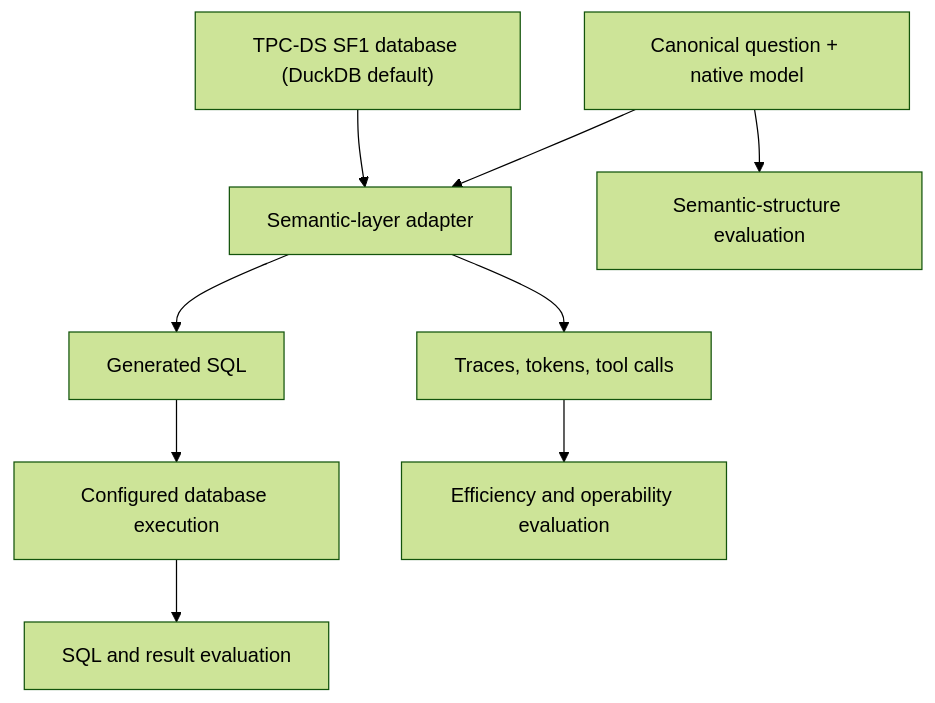
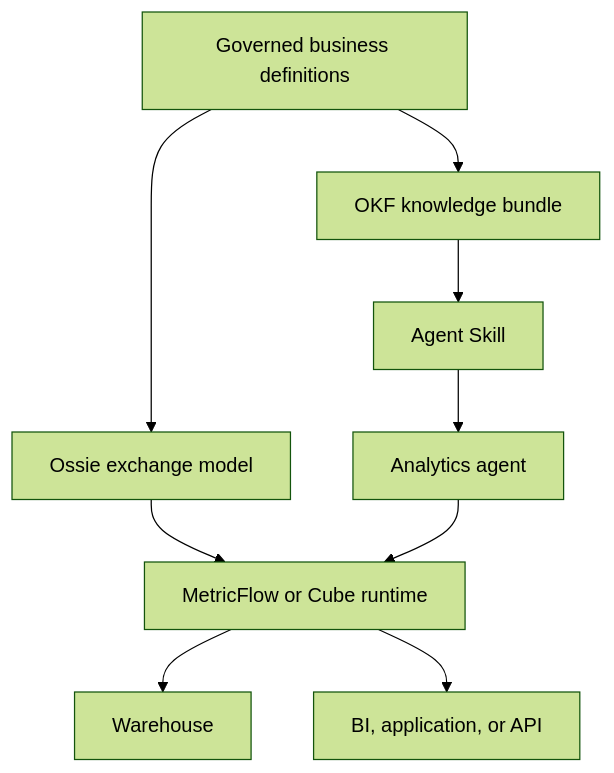
One commit to Jmmt-mingrui/semantic-layer-benchmark changed the second of 2 diagrams in README.md. Above: the diagram before and after it, drawn with Mermaid (forest theme). The commit also changed other lines of this file, not shown here.

Commit message:
docs: define benchmark architecture and experiment lanes

````diff
--- a/README.md
+++ b/README.md
@@ -47,11 +258,11 @@
 ```mermaid
-flowchart TD
-    A["TPC-DS SF1 database (DuckDB default)"] --> C["Semantic-layer adapter"]
-    B["Canonical question + native model"] --> C
-    C --> D["Generated SQL"]
-    D --> E["Configured database execution"]
-    E --> F["SQL and result evaluation"]
-    C --> G["Traces, tokens, tool calls"]
-    G --> H["Efficiency and operability evaluation"]
-    B --> I["Semantic-structure evaluation"]
+flowchart TB
+    G["Governed business definitions"] --> X["Ossie exchange model"]
+    G --> K["OKF knowledge bundle"]
+    K --> S["Agent Skill"]
+    S --> A["Analytics agent"]
+    X --> E["MetricFlow or Cube runtime"]
+    A --> E
+    E --> W["Warehouse"]
+    E --> U["BI, application, or API"]
 ```
````
